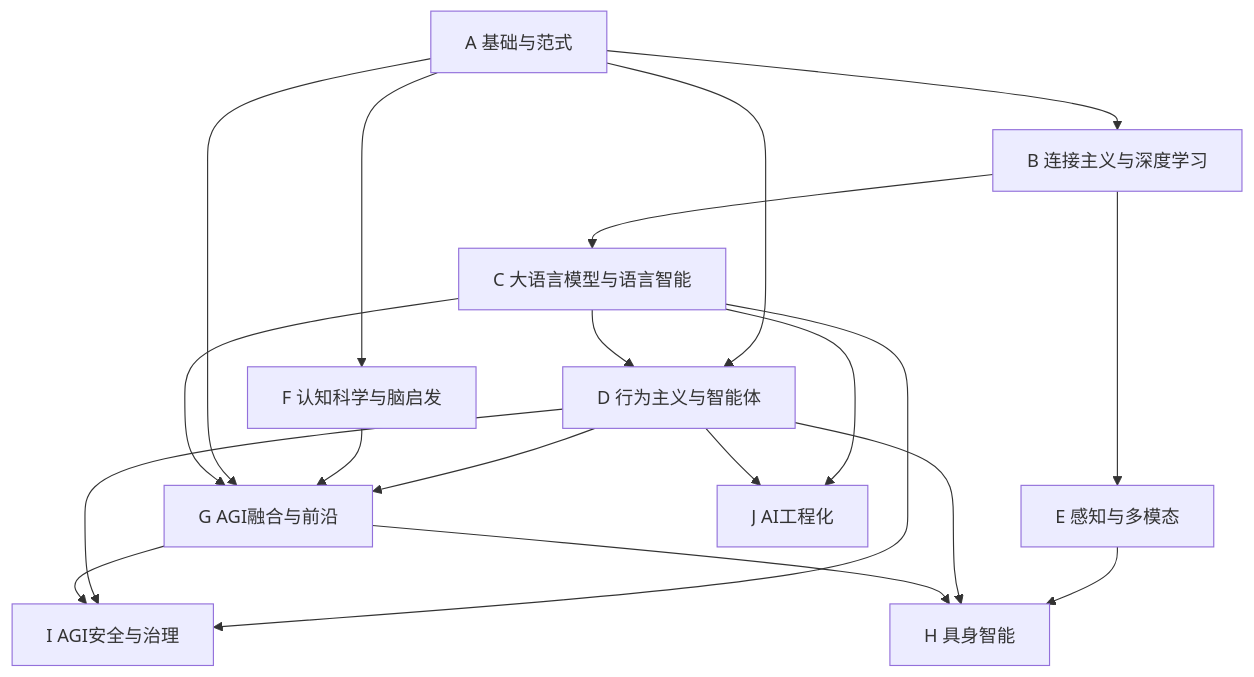
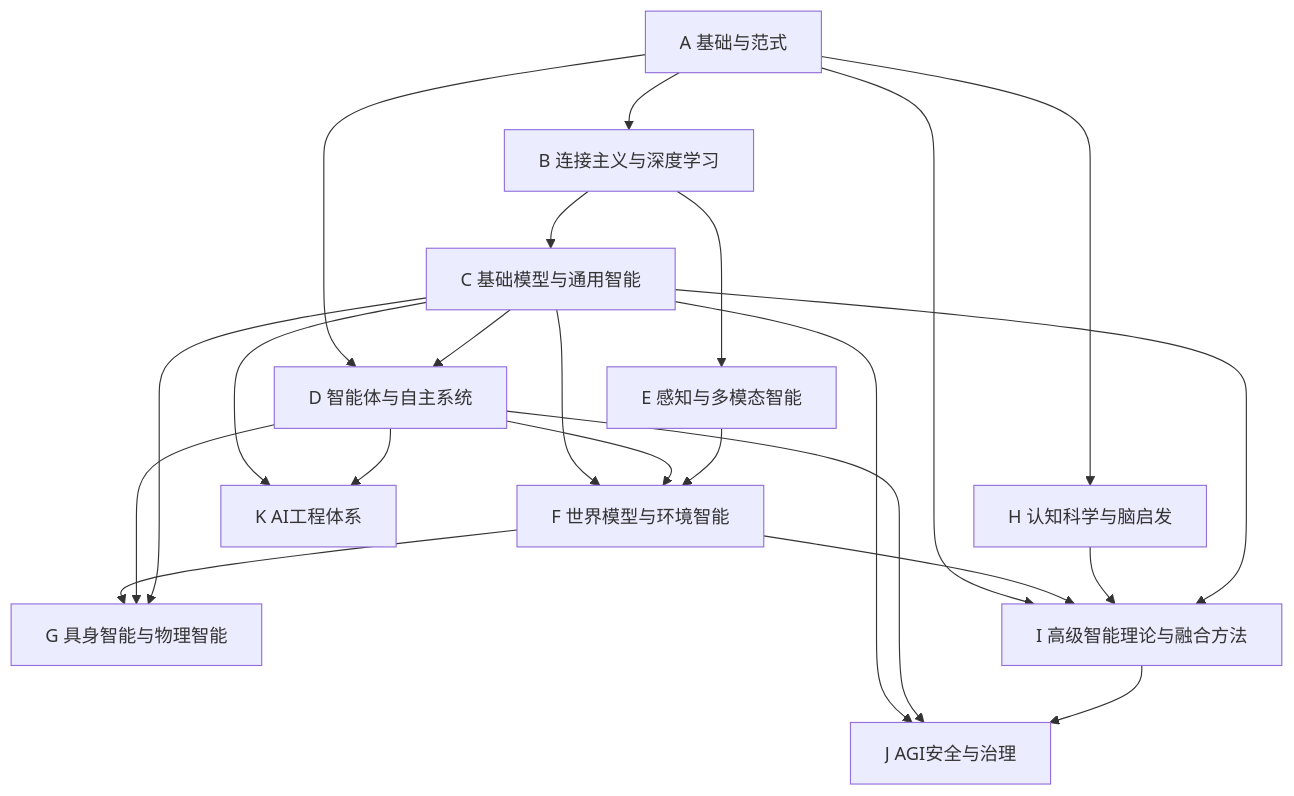
One commit to nzyaltair/Notes_AI_Study changed the diagram in 00_总览与导航/00_AGI知识地图.md. Above: the diagram before and after it, drawn with Mermaid. The commit also changed other lines of this file and 221 other files, not shown here.

````diff
--- a/00_总览与导航/00_AGI知识地图.md
+++ b/00_总览与导航/00_AGI知识地图.md
@@ -156,21 +239,24 @@
 ```mermaid
 graph TD
     A[A 基础与范式] --> B[B 连接主义与深度学习]
-    A --> D[D 行为主义与智能体]
-    B --> C[C 大语言模型与语言智能]
-    B --> E[E 感知与多模态]
-    A --> F[F 认知科学与脑启发]
+    A --> D[D 智能体与自主系统]
+    B --> C[C 基础模型与通用智能]
+    B --> E[E 感知与多模态智能]
     C --> D
-    D --> G[G AGI融合与前沿]
-    F --> G
-    A --> G
+    C --> F[F 世界模型与环境智能]
+    A --> H[H 认知科学与脑启发]
+    D --> F
+    E --> F
+    F --> G[G 具身智能与物理智能]
+    D --> G
     C --> G
-    E --> H[H 具身智能]
-    D --> H
-    G --> H
-    C --> I[I AGI安全与治理]
-    D --> I
-    G --> I
-    C --> J[J AI工程化]
+    A --> I[I 高级智能理论与融合方法]
+    F --> I
+    H --> I
+    C --> I
+    C --> J[J AGI安全与治理]
     D --> J
+    I --> J
+    C --> K[K AI工程体系]
+    D --> K
 ```
````
